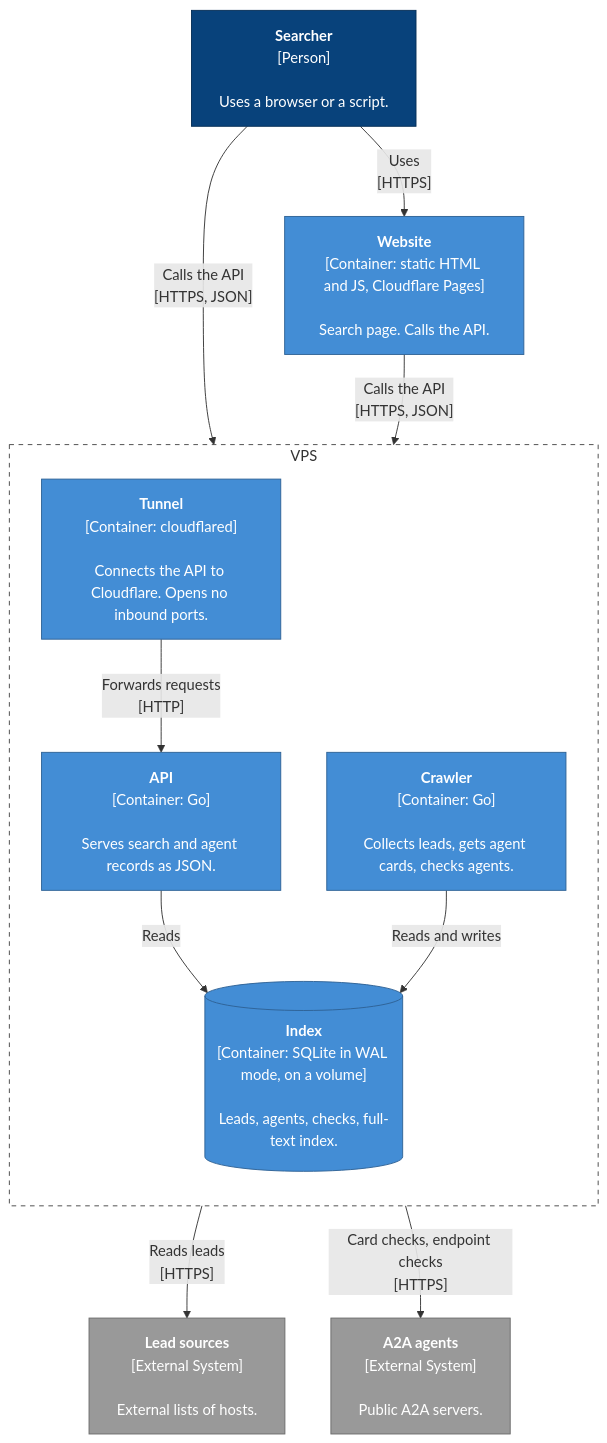
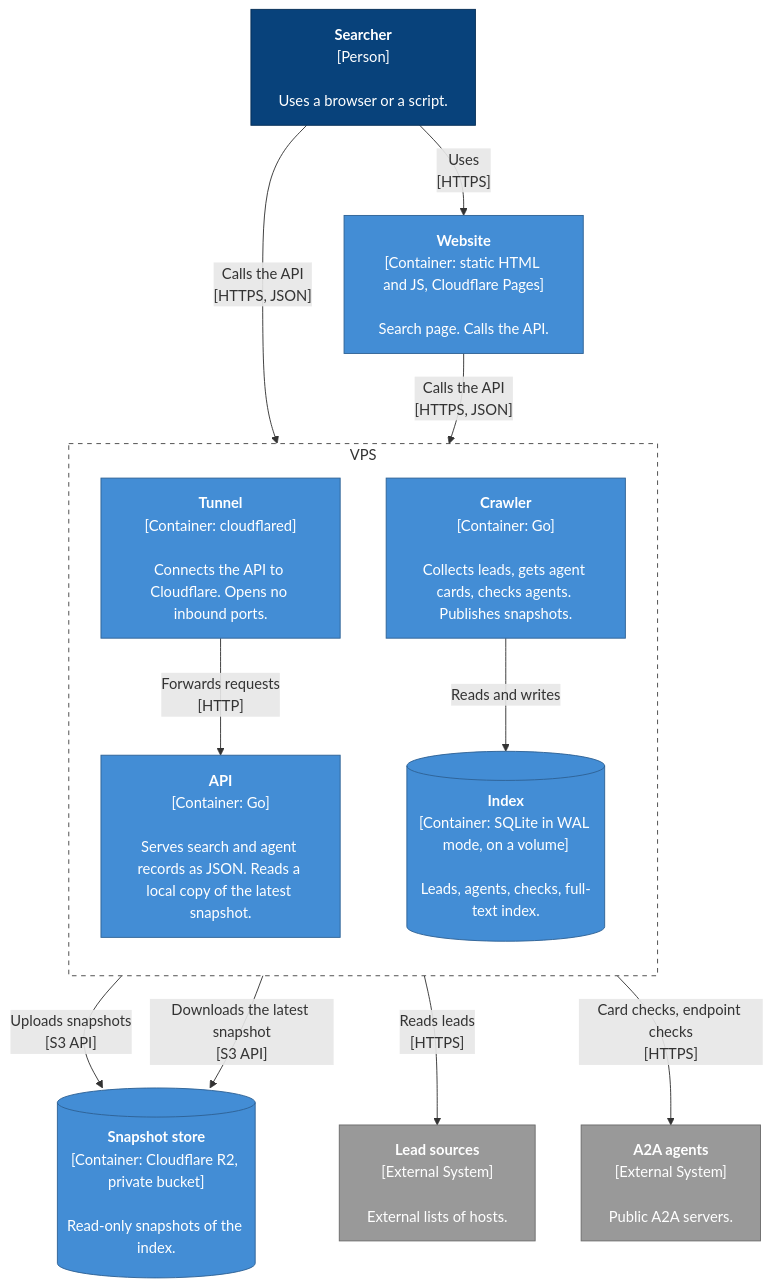
The second of 6 diagrams in spec.md (sbOogway/openagentindex), drawn with Mermaid before and after one commit. The commit also changed other lines of this file, not shown here.

First line of the commit message:
docs(spec): serve search from R2 snapshots

````diff
--- a/spec.md
+++ b/spec.md
@@ -66,35 +66,37 @@
 ```mermaid
 flowchart TB
   searcher["<b>Searcher</b><br/>[Person]<br/><br/>Uses a browser or a script."]
   web["<b>Website</b><br/>[Container: static HTML and JS, Cloudflare Pages]<br/><br/>Search page. Calls the API."]
 
   subgraph vps["VPS"]
     direction TB
   tunnel["<b>Tunnel</b><br/>[Container: cloudflared]<br/><br/>Connects the API to Cloudflare. Opens no inbound ports."]
-  api["<b>API</b><br/>[Container: Go]<br/><br/>Serves search and agent records as JSON."]
+  api["<b>API</b><br/>[Container: Go]<br/><br/>Serves search and agent records as JSON. Reads a local copy of the latest snapshot."]
+  crawler["<b>Crawler</b><br/>[Container: Go]<br/><br/>Collects leads, gets agent cards, checks agents. Publishes snapshots."]
   db[("<b>Index</b><br/>[Container: SQLite in WAL mode, on a volume]<br/><br/>Leads, agents, checks, full-text index.")]
-  crawler["<b>Crawler</b><br/>[Container: Go]<br/><br/>Collects leads, gets agent cards, checks agents."]
   end
 
+  r2[("<b>Snapshot store</b><br/>[Container: Cloudflare R2, private bucket]<br/><br/>Read-only snapshots of the index.")]
   sources["<b>Lead sources</b><br/>[External System]<br/><br/>External lists of hosts."]
   agents["<b>A2A agents</b><br/>[External System]<br/><br/>Public A2A servers."]
 
   searcher -- "Uses<br/>[HTTPS]" --> web
   searcher -- "Calls the API<br/>[HTTPS, JSON]" --> tunnel
   web -- "Calls the API<br/>[HTTPS, JSON]" --> tunnel
   tunnel -- "Forwards requests<br/>[HTTP]" --> api
-  api -- "Reads" --> db
   crawler -- "Reads and writes" --> db
+  crawler -- "Uploads snapshots<br/>[S3 API]" --> r2
+  api -- "Downloads the latest snapshot<br/>[S3 API]" --> r2
   crawler -- "Reads leads<br/>[HTTPS]" --> sources
   crawler -- "Card checks, endpoint checks<br/>[HTTPS]" --> agents
 
   classDef person fill:#08427b,stroke:#052e56,color:#fff
   classDef system fill:#1168bd,stroke:#0b4884,color:#fff
   classDef external fill:#999999,stroke:#6b6b6b,color:#fff
   classDef container fill:#438dd5,stroke:#2e6295,color:#fff
   classDef component fill:#85bbf0,stroke:#5d82a8,color:#000
   class searcher person
-  class web,tunnel,api,crawler,db container
+  class web,tunnel,api,crawler,db,r2 container
   class sources,agents external
   style vps fill:none,stroke:#444,stroke-dasharray:5 5
 ```
````
